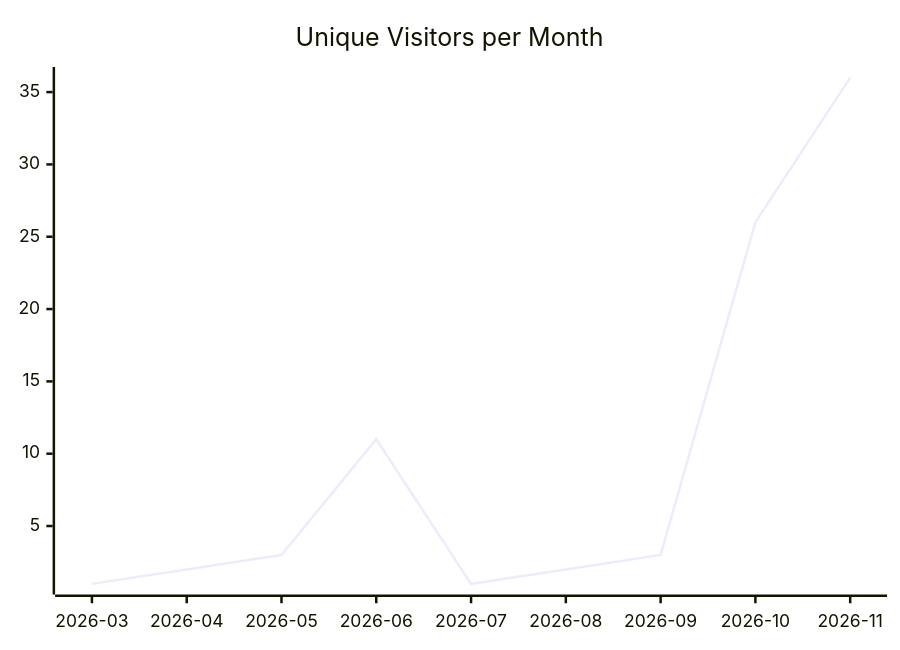
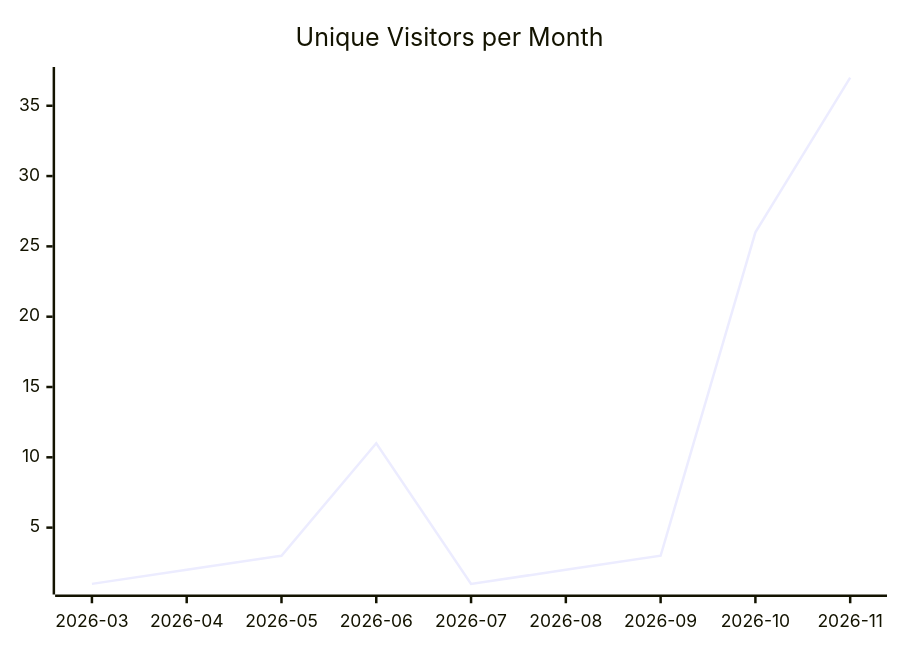
One commit to justdavis-family/github-analytics-data changed the first of 3 diagrams in karlmdavis/justdavis-ansible/README.md. Above: the diagram before and after it, drawn with Mermaid. The commit also changed other lines of this file and 196 other files, not shown here.

````diff
--- a/karlmdavis/justdavis-ansible/README.md
+++ b/karlmdavis/justdavis-ansible/README.md
@@ -5,6 +5,6 @@
 ```mermaid
 xychart-beta
   title "Unique Visitors per Month"
   x-axis ["2026-03", "2026-04", "2026-05", "2026-06", "2026-07", "2026-08", "2026-09", "2026-10", "2026-11"]
-  line [1, 2, 3, 11, 1, 2, 3, 26, 36]
+  line [1, 2, 3, 11, 1, 2, 3, 26, 37]
 ```
````
